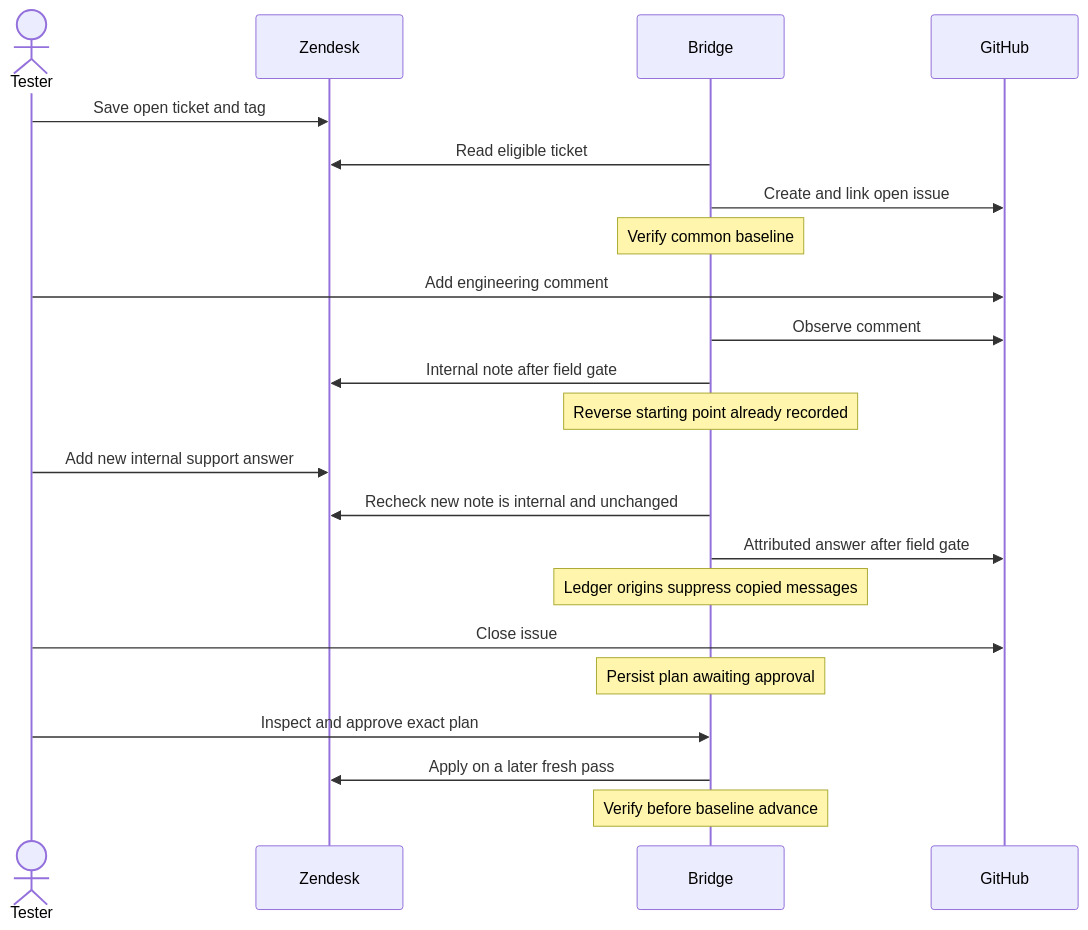
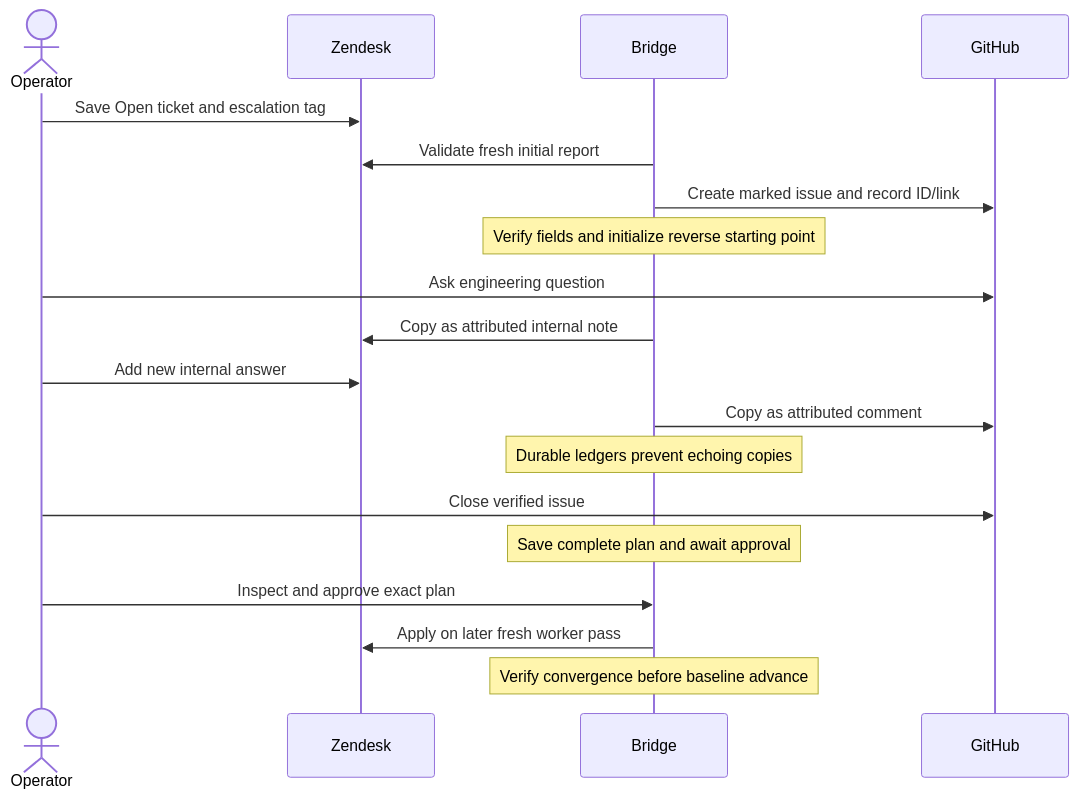
One commit to AlbertFlorescu/support-bridge changed the diagram in docs/SCENARIO.md. Above: the diagram before and after it, drawn with Mermaid. The commit also changed other lines of this file and 53 other files, not shown here.

````diff
--- a/docs/SCENARIO.md
+++ b/docs/SCENARIO.md
@@ -37,24 +24,21 @@
-```mermaid
+~~~mermaid
 sequenceDiagram
-    actor Tester
+    actor Operator
     participant ZD as Zendesk
     participant Bridge
     participant GH as GitHub
-    Tester->>ZD: Save open ticket and tag
-    Bridge->>ZD: Read eligible ticket
-    Bridge->>GH: Create and link open issue
-    Note over Bridge: Verify common baseline
-    Tester->>GH: Add engineering comment
-    Bridge->>GH: Observe comment
-    Bridge->>ZD: Internal note after field gate
-    Note over Bridge: Reverse starting point already recorded
-    Tester->>ZD: Add new internal support answer
-    Bridge->>ZD: Recheck new note is internal and unchanged
-    Bridge->>GH: Attributed answer after field gate
-    Note over Bridge: Ledger origins suppress copied messages
-    Tester->>GH: Close issue
-    Note over Bridge: Persist plan awaiting approval
-    Tester->>Bridge: Inspect and approve exact plan
-    Bridge->>ZD: Apply on a later fresh pass
-    Note over Bridge: Verify before baseline advance
-```
+    Operator->>ZD: Save Open ticket and escalation tag
+    Bridge->>ZD: Validate fresh initial report
+    Bridge->>GH: Create marked issue and record ID/link
+    Note over Bridge: Verify fields and initialize reverse starting point
+    Operator->>GH: Ask engineering question
+    Bridge->>ZD: Copy as attributed internal note
+    Operator->>ZD: Add new internal answer
+    Bridge->>GH: Copy as attributed comment
+    Note over Bridge: Durable ledgers prevent echoing copies
+    Operator->>GH: Close verified issue
+    Note over Bridge: Save complete plan and await approval
+    Operator->>Bridge: Inspect and approve exact plan
+    Bridge->>ZD: Apply on later fresh worker pass
+    Note over Bridge: Verify convergence before baseline advance
+~~~
````
